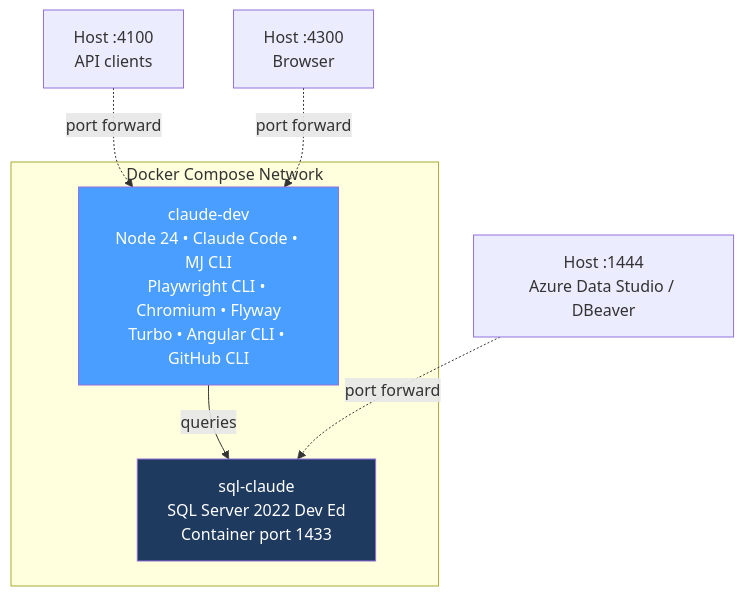
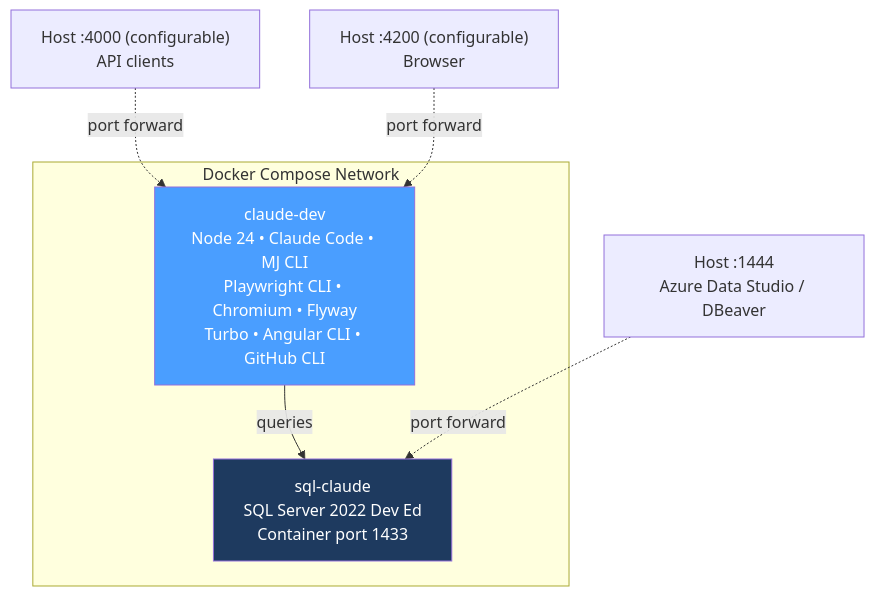
The first of 7 diagrams in docker/workbench/README.md (MemberJunction/MJ), drawn with Mermaid before and after one commit. The commit also changed other lines of this file and 9 other files, not shown here.

````diff
--- a/docker/workbench/README.md
+++ b/docker/workbench/README.md
@@ -5,15 +5,15 @@
 ```mermaid
 graph TB
     subgraph "Docker Compose Network"
         SQL["sql-claude<br/>SQL Server 2022 Dev Ed<br/>Container port 1433"]
         DEV["claude-dev<br/>Node 24 &bull; Claude Code &bull; MJ CLI<br/>Playwright CLI &bull; Chromium &bull; Flyway<br/>Turbo &bull; Angular CLI &bull; GitHub CLI"]
         DEV -->|queries| SQL
     end
 
     HOST_SQL["Host :1444<br/>Azure Data Studio / DBeaver"] -.->|"port forward"| SQL
-    HOST_API["Host :4100<br/>API clients"] -.->|"port forward"| DEV
-    HOST_UI["Host :4300<br/>Browser"] -.->|"port forward"| DEV
+    HOST_API["Host :4000 (configurable)<br/>API clients"] -.->|"port forward"| DEV
+    HOST_UI["Host :4200 (configurable)<br/>Browser"] -.->|"port forward"| DEV
 
     style SQL fill:#1e3a5f,color:#fff
     style DEV fill:#4a9eff,color:#fff
 ```
````
